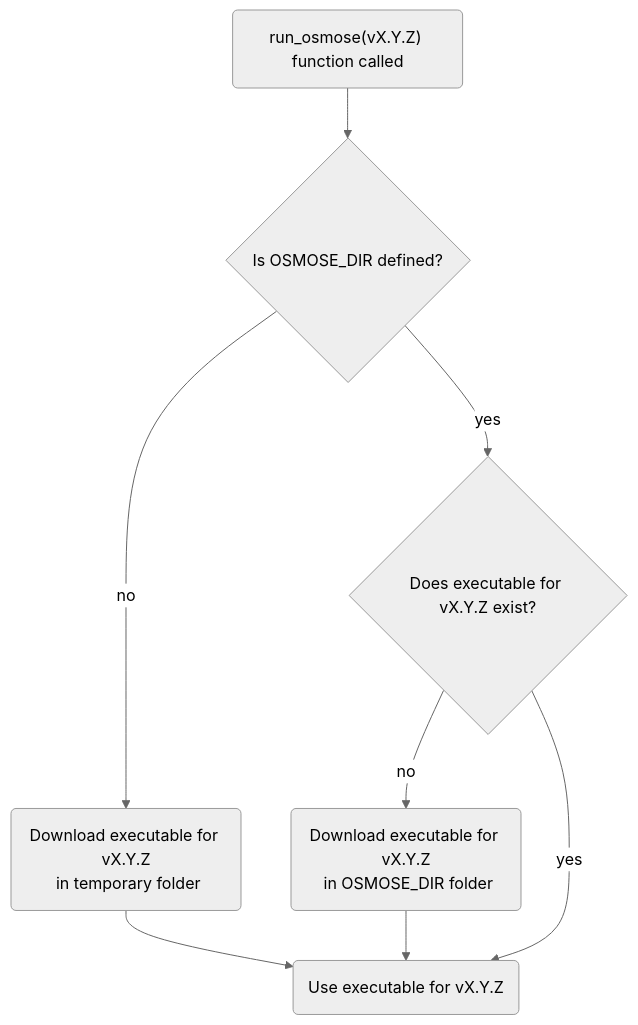
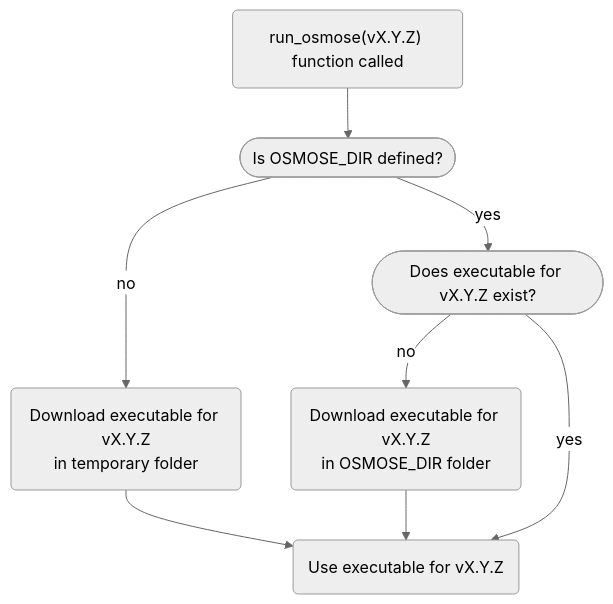
The diagram in doc/astart/download_osm.qmd (osmose-model/osmose), drawn with Mermaid (neutral theme) before and after one commit. The commit also changed other lines of this file and 4 other files, not shown here.

````diff
--- a/doc/astart/download_osm.qmd
+++ b/doc/astart/download_osm.qmd
@@ -89,19 +86,22 @@
 ```{mermaid}
+%%| label: fig-run-osmose-diagram
+%%| fig-cap: "Process for downloading Osmose Java executable when running Osmose from R"
+%%| fig-align: "center"
 graph TD;
     id0("run_osmose(vX.Y.Z) function called")
-    id1{Is OSMOSE_DIR defined?}
-    id2("Download executable for vX.Y.Z\n in temporary folder")
-    id3("Download executable for vX.Y.Z\n in OSMOSE_DIR folder")
+    id1([Is OSMOSE_DIR defined?])
+    id2("Download executable for vX.Y.Z<br>in temporary folder")
+    id3("Download executable for vX.Y.Z<br>in OSMOSE_DIR folder")
 
-    id4{Does executable for vX.Y.Z exist?}
+    id4([Does executable for vX.Y.Z exist?])
     id5(Use executable for vX.Y.Z)
     id0 --> id1
     id1 -->|no| id2
     id1 -->|yes| id4
     id4 -->|no| id3
 
     id3 --> id5
     id2 --> id5
     id4 -->|yes| id5
 
 ```
````
